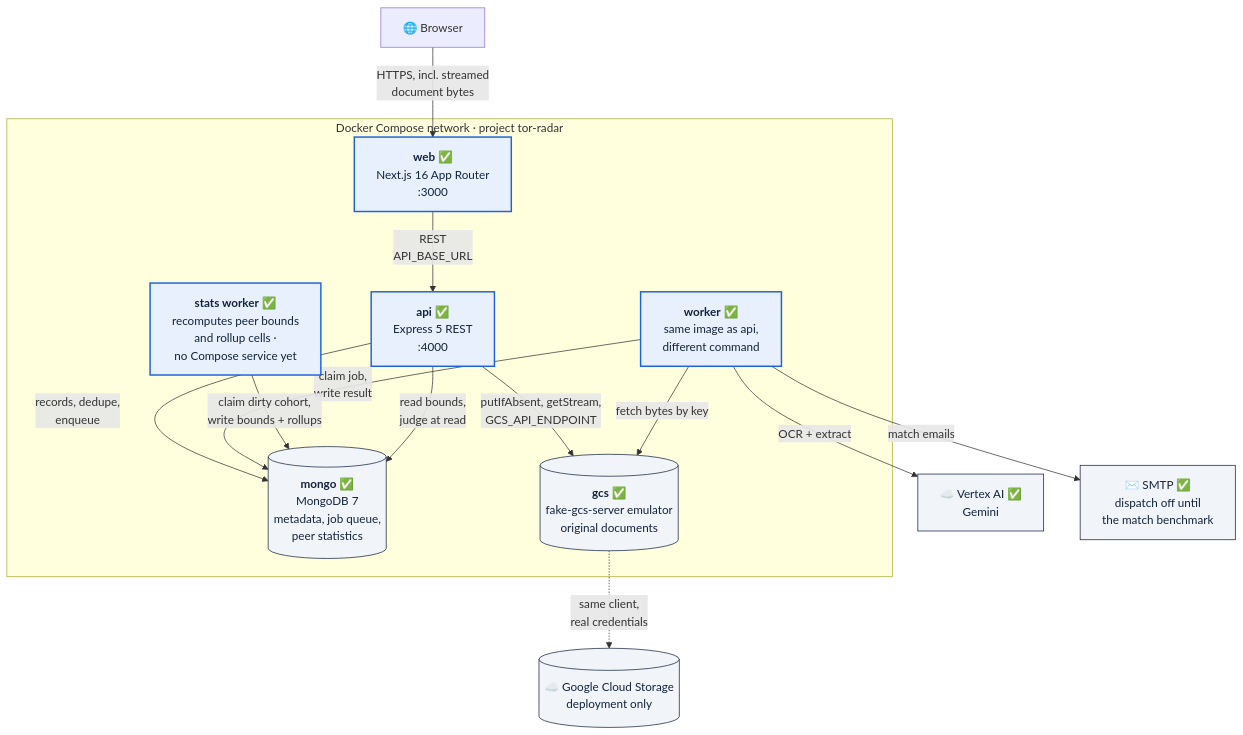
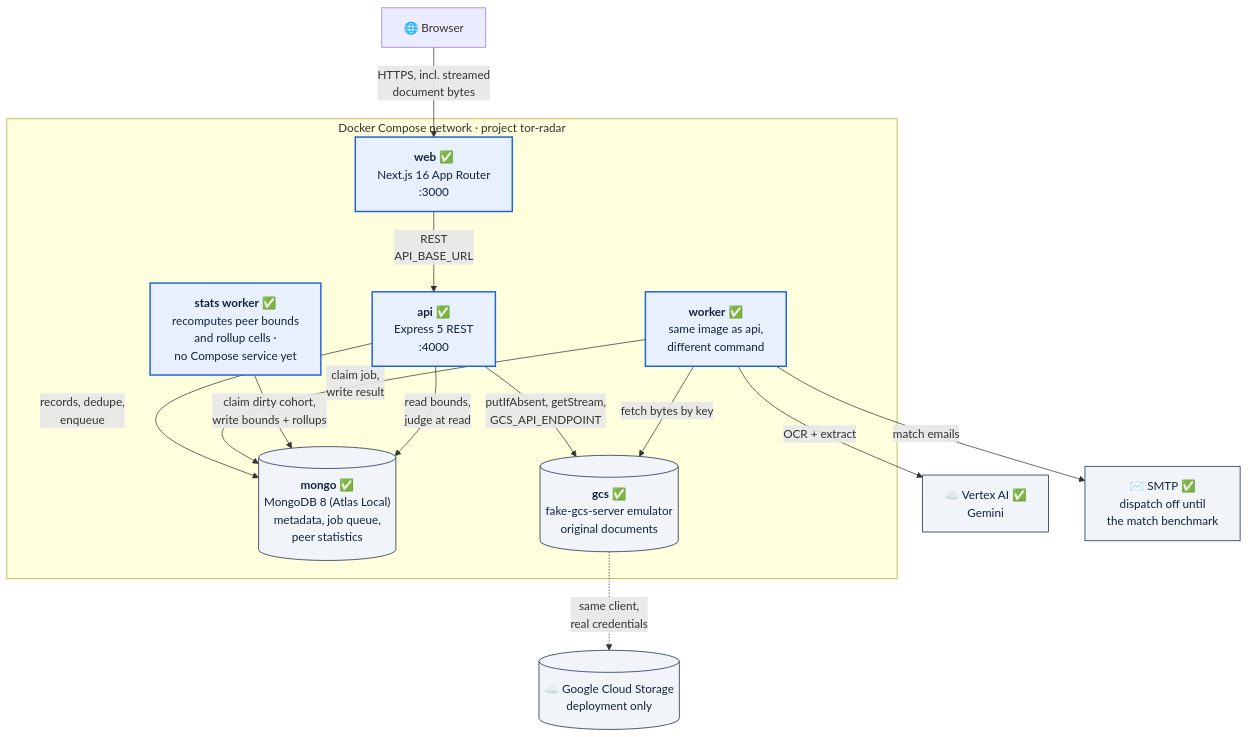
The second of 9 diagrams in docs/ARCHITECTURE.md (TORMomentum/Momentum), drawn with Mermaid before and after one commit. The commit also changed other lines of this file and 4 other files, not shown here.

````diff
--- a/docs/ARCHITECTURE.md
+++ b/docs/ARCHITECTURE.md
@@ -72,35 +72,35 @@
 ```mermaid
 flowchart TB
     browser["🌐 Browser"]
 
     subgraph compose["Docker Compose network · project tor-radar"]
         web["<b>web</b> ✅<br/>Next.js 16 App Router<br/>:3000"]
         api["<b>api</b> ✅<br/>Express 5 REST<br/>:4000"]
         worker["<b>worker</b> ✅<br/>same image as api,<br/>different command"]
         stats["<b>stats worker</b> ✅<br/>recomputes peer bounds<br/>and rollup cells ·<br/>no Compose service yet"]
-        mongo[("<b>mongo</b> ✅<br/>MongoDB 7<br/>metadata, job queue,<br/>peer statistics")]
+        mongo[("<b>mongo</b> ✅<br/>MongoDB 8 (Atlas Local)<br/>metadata, job queue,<br/>peer statistics")]
         gcs[("<b>gcs</b> ✅<br/>fake-gcs-server emulator<br/>original documents")]
     end
 
     vertex["☁️ Vertex AI ✅<br/>Gemini"]
     smtp["✉️ SMTP ✅<br/>dispatch off until<br/>the match benchmark"]
     realgcs[("☁️ Google Cloud Storage<br/>deployment only")]
 
     browser -->|"HTTPS, incl. streamed<br/>document bytes"| web
     web -->|"REST<br/>API_BASE_URL"| api
 
     api -->|"records, dedupe,<br/>enqueue"| mongo
     api -->|"putIfAbsent, getStream,<br/>GCS_API_ENDPOINT"| gcs
     worker -->|"claim job,<br/>write result"| mongo
     worker -->|"fetch bytes by key"| gcs
     worker -->|"OCR + extract"| vertex
     worker -->|"match emails"| smtp
     stats -->|"claim dirty cohort,<br/>write bounds + rollups"| mongo
     api -->|"read bounds,<br/>judge at read"| mongo
     gcs -.->|"same client,<br/>real credentials"| realgcs
 
     classDef built fill:#e8f0fe,stroke:#1d63d8,color:#12233c,stroke-width:2px
     classDef store fill:#f1f4f9,stroke:#12233c,color:#12233c
     class web,api,worker,stats built
     class mongo,gcs,realgcs,vertex,smtp store
 ```
````
